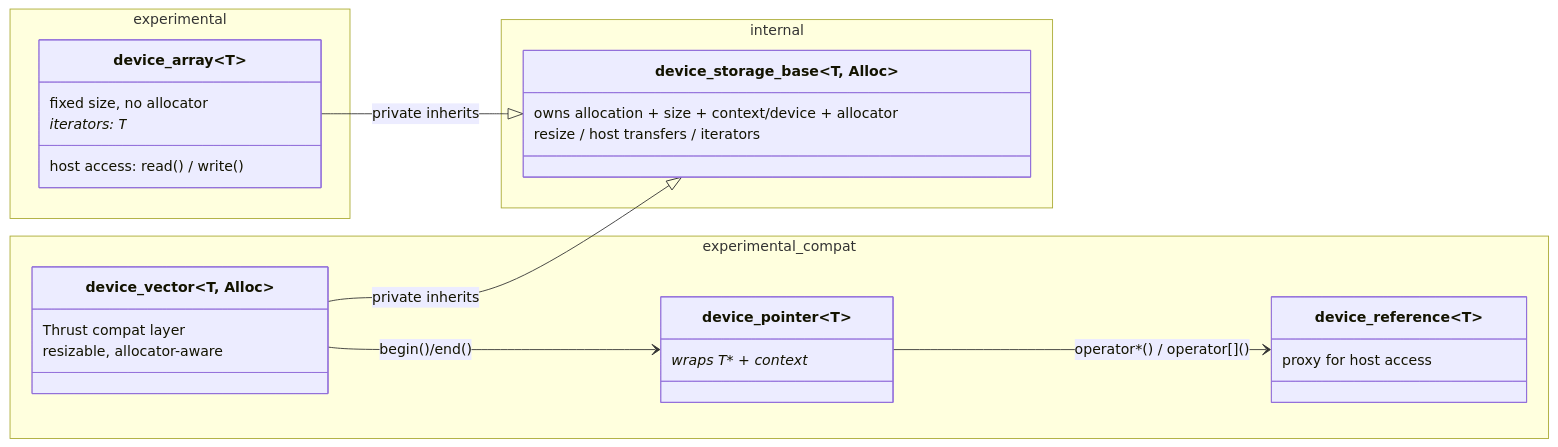
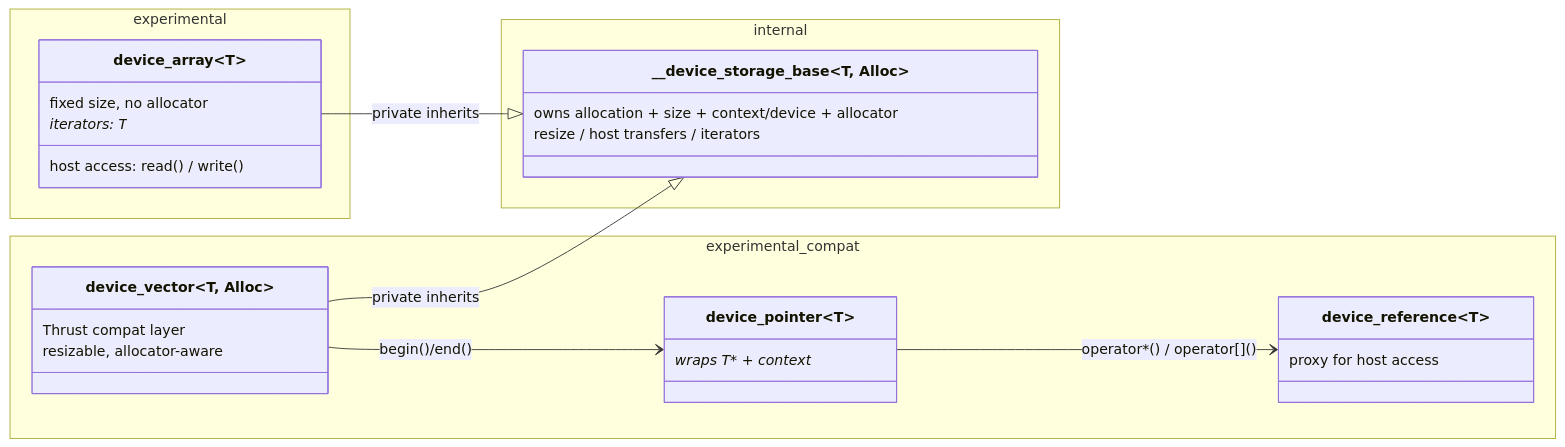
The diagram in rfcs/proposed/device_vector/README.md (uxlfoundation/oneDPL), drawn with Mermaid before and after one commit.

Commit message:
leading underscores

````diff
--- a/rfcs/proposed/device_vector/README.md
+++ b/rfcs/proposed/device_vector/README.md
@@ -84,39 +84,39 @@
 ```mermaid
 classDiagram
     direction LR
 
     namespace internal {
-        class device_storage_base~T, Alloc~ {
+        class __device_storage_base~T, Alloc~ {
             owns allocation + size + context/device + allocator
             resize / host transfers / iterators
         }
     }
 
     namespace experimental {
         class device_array~T~ {
             fixed size, no allocator
             iterators: T*
             host access: read() / write()
         }
     }
 
     namespace experimental_compat {
         class device_vector~T, Alloc~ {
             Thrust compat layer
             resizable, allocator-aware
         }
 
         class device_pointer~T~ {
             wraps T* + context*
         }
 
         class device_reference~T~ {
             proxy for host access
         }
     }
 
-    device_array --|> device_storage_base : private inherits
-    device_vector --|> device_storage_base : private inherits
+    device_array --|> __device_storage_base : private inherits
+    device_vector --|> __device_storage_base : private inherits
     device_vector --> device_pointer : begin()/end()
     device_pointer --> device_reference : operator*() / operator[]()
 ```
````
